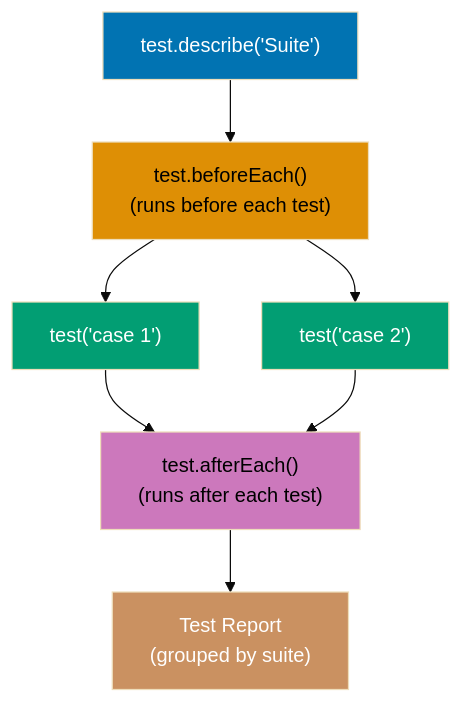
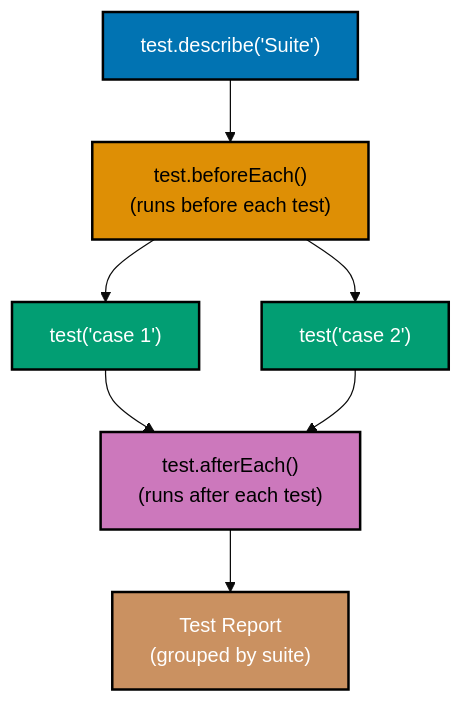
One commit to wahidyankf/open-sharia-enterprise changed the eighth of 15 diagrams in apps/ayokoding-web/content/en/learn/software-engineering/automation-testing/tools/playwright/by-example/beginner.md. Above: the diagram before and after it, drawn with Mermaid (base theme). The commit also changed other lines of this file and 25 other files, not shown here.

````diff
--- a/apps/ayokoding-web/content/en/learn/software-engineering/automation-testing/tools/playwright/by-example/beginner.md
+++ b/apps/ayokoding-web/content/en/learn/software-engineering/automation-testing/tools/playwright/by-example/beginner.md
@@ -565,17 +565,17 @@
 ```mermaid
 %% Color Palette: Blue #0173B2, Orange #DE8F05, Teal #029E73, Purple #CC78BC, Brown #CA9161
 graph TD
     Suite["test.describe('Suite')"] --> BeforeEach["test.beforeEach()<br/>(runs before each test)"]
     BeforeEach --> T1["test('case 1')"]
     BeforeEach --> T2["test('case 2')"]
     T1 --> AfterEach["test.afterEach()<br/>(runs after each test)"]
     T2 --> AfterEach
     AfterEach --> Report["Test Report<br/>(grouped by suite)"]
 
-    style Suite fill:#0173B2,color:#fff
-    style BeforeEach fill:#DE8F05,color:#000
-    style T1 fill:#029E73,color:#fff
-    style T2 fill:#029E73,color:#fff
-    style AfterEach fill:#CC78BC,color:#000
-    style Report fill:#CA9161,color:#fff
+    style Suite fill:#0173B2,stroke:#000000,stroke-width:2px,color:#fff
+    style BeforeEach fill:#DE8F05,stroke:#000000,stroke-width:2px,color:#000
+    style T1 fill:#029E73,stroke:#000000,stroke-width:2px,color:#fff
+    style T2 fill:#029E73,stroke:#000000,stroke-width:2px,color:#fff
+    style AfterEach fill:#CC78BC,stroke:#000000,stroke-width:2px,color:#000
+    style Report fill:#CA9161,stroke:#000000,stroke-width:2px,color:#fff
 ```
````
